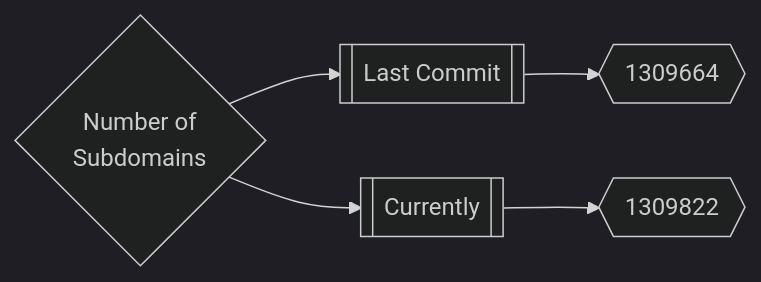
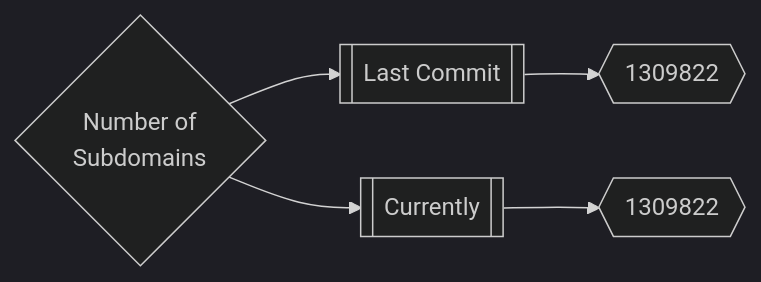
The first of 3 diagrams in README.md (trickest/inventory), drawn with Mermaid (dark theme) before and after one commit. The commit also changed 2 other files, not shown here.

Commit message:
Update Tue Apr  5 07:15:39 UTC 2022

````diff
--- a/README.md
+++ b/README.md
@@ -165,5 +165,5 @@
 ```mermaid
 graph LR
-title{Number of<br>Subdomains} --> subdomainsDate1[[Last Commit]] --> subdomainsNum1{{1309664}}
+title{Number of<br>Subdomains} --> subdomainsDate1[[Last Commit]] --> subdomainsNum1{{1309822}}
 title --> subdomainsDate2[[Currently]] --> subdomainsNum2{{1309822}}
 ```
````
